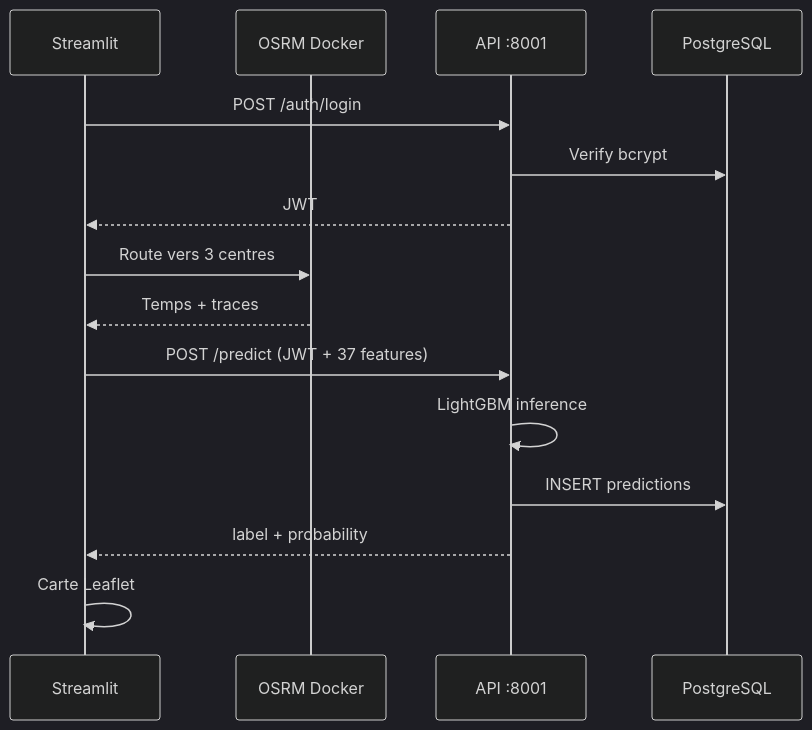
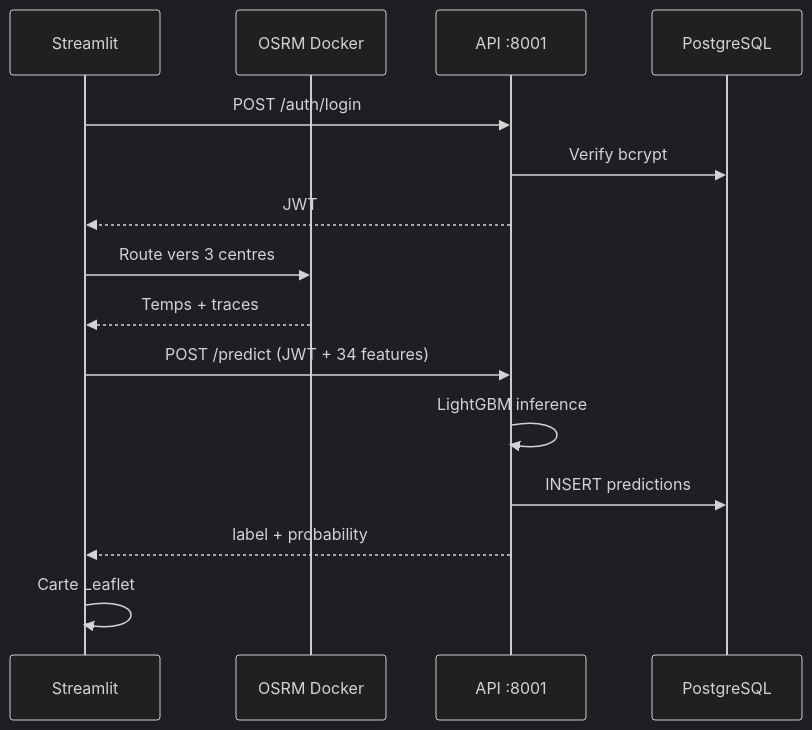
Before and after one commit to Meriem69/Routezone: the fifth of 6 diagrams in README.md, drawn with Mermaid (dark theme). The commit also changed other lines of this file, not shown here.

````diff
--- a/README.md
+++ b/README.md
@@ -257,21 +289,21 @@
 ```mermaid
 sequenceDiagram
     participant S as Streamlit
     participant OSRM as OSRM Docker
     participant API as API :8001
     participant DB as PostgreSQL
 
     S->>API: POST /auth/login
     API->>DB: Verify bcrypt
     API-->>S: JWT
 
     S->>OSRM: Route vers 3 centres
     OSRM-->>S: Temps + traces
 
-    S->>API: POST /predict (JWT + 37 features)
+    S->>API: POST /predict (JWT + 34 features)
     API->>API: LightGBM inference
     API->>DB: INSERT predictions
     API-->>S: label + probability
 
     S->>S: Carte Leaflet
 ```
````
